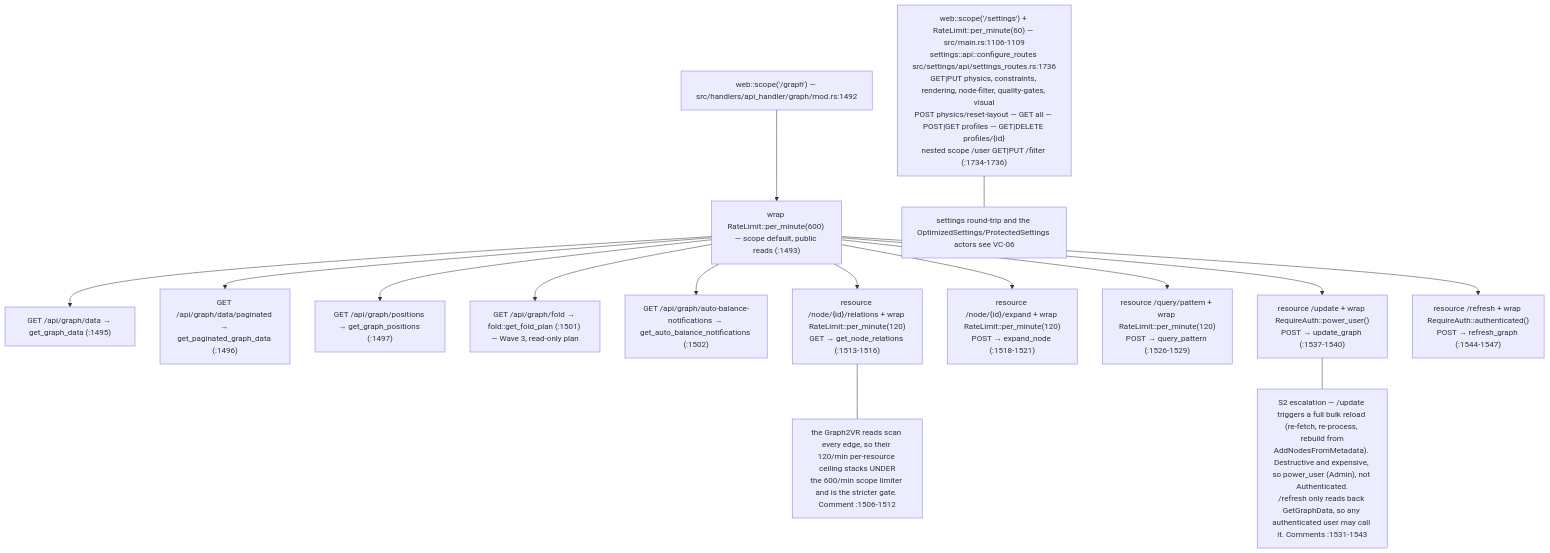
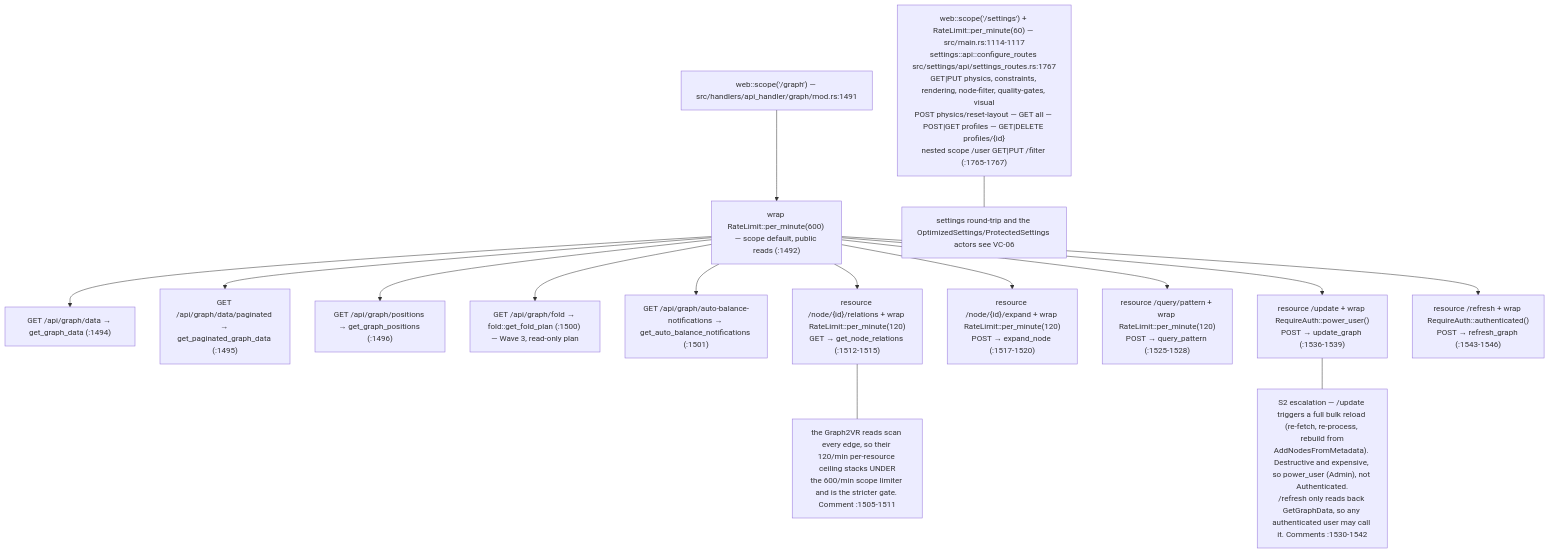
Diagram 12 of 13 in docs/diagrams/visionclaw/01-boot-and-app-state.md (DreamLab-AI/VisionFlow), drawn with Mermaid before and after one commit. The commit also changed other lines of this file and 4 other files, not shown here.

Commit message:
docs(diagrams): visionclaw 01 and 04 after the graph_state_handler removal

````diff
--- a/docs/diagrams/visionclaw/01-boot-and-app-state.md
+++ b/docs/diagrams/visionclaw/01-boot-and-app-state.md
@@ -452,22 +453,22 @@
 ```mermaid
 flowchart TB
-    G["web::scope('/graph') — src/handlers/api_handler/graph/mod.rs:1492"]
-    G --> RL["wrap RateLimit::per_minute(600) — scope default, public reads (:1493)"]
-    RL --> P1["GET /api/graph/data → get_graph_data (:1495)"]
-    RL --> P2["GET /api/graph/data/paginated → get_paginated_graph_data (:1496)"]
-    RL --> P3["GET /api/graph/positions → get_graph_positions (:1497)"]
-    RL --> P4["GET /api/graph/fold → fold::get_fold_plan (:1501) — Wave 3, read-only plan"]
-    RL --> P5["GET /api/graph/auto-balance-notifications → get_auto_balance_notifications (:1502)"]
-    RL --> T1["resource /node/{id}/relations + wrap RateLimit::per_minute(120)<br/>GET → get_node_relations (:1513-1516)"]
-    RL --> T2["resource /node/{id}/expand + wrap RateLimit::per_minute(120)<br/>POST → expand_node (:1518-1521)"]
-    RL --> T3["resource /query/pattern + wrap RateLimit::per_minute(120)<br/>POST → query_pattern (:1526-1529)"]
-    RL --> A1["resource /update + wrap RequireAuth::power_user()<br/>POST → update_graph (:1537-1540)"]
-    RL --> A2["resource /refresh + wrap RequireAuth::authenticated()<br/>POST → refresh_graph (:1544-1547)"]
-    N1["S2 escalation — /update triggers a full bulk reload (re-fetch, re-process, rebuild from<br/>AddNodesFromMetadata). Destructive and expensive, so power_user (Admin), not Authenticated.<br/>/refresh only reads back GetGraphData, so any authenticated user may call it. Comments :1531-1543"]
+    G["web::scope('/graph') — src/handlers/api_handler/graph/mod.rs:1491"]
+    G --> RL["wrap RateLimit::per_minute(600) — scope default, public reads (:1492)"]
+    RL --> P1["GET /api/graph/data → get_graph_data (:1494)"]
+    RL --> P2["GET /api/graph/data/paginated → get_paginated_graph_data (:1495)"]
+    RL --> P3["GET /api/graph/positions → get_graph_positions (:1496)"]
+    RL --> P4["GET /api/graph/fold → fold::get_fold_plan (:1500) — Wave 3, read-only plan"]
+    RL --> P5["GET /api/graph/auto-balance-notifications → get_auto_balance_notifications (:1501)"]
+    RL --> T1["resource /node/{id}/relations + wrap RateLimit::per_minute(120)<br/>GET → get_node_relations (:1512-1515)"]
+    RL --> T2["resource /node/{id}/expand + wrap RateLimit::per_minute(120)<br/>POST → expand_node (:1517-1520)"]
+    RL --> T3["resource /query/pattern + wrap RateLimit::per_minute(120)<br/>POST → query_pattern (:1525-1528)"]
+    RL --> A1["resource /update + wrap RequireAuth::power_user()<br/>POST → update_graph (:1536-1539)"]
+    RL --> A2["resource /refresh + wrap RequireAuth::authenticated()<br/>POST → refresh_graph (:1543-1546)"]
+    N1["S2 escalation — /update triggers a full bulk reload (re-fetch, re-process, rebuild from<br/>AddNodesFromMetadata). Destructive and expensive, so power_user (Admin), not Authenticated.<br/>/refresh only reads back GetGraphData, so any authenticated user may call it. Comments :1530-1542"]
     A1 --- N1
-    N2["the Graph2VR reads scan every edge, so their 120/min per-resource ceiling stacks UNDER<br/>the 600/min scope limiter and is the stricter gate. Comment :1506-1512"]
+    N2["the Graph2VR reads scan every edge, so their 120/min per-resource ceiling stacks UNDER<br/>the 600/min scope limiter and is the stricter gate. Comment :1505-1511"]
     T1 --- N2
-    SET["web::scope('/settings') + RateLimit::per_minute(60) — src/main.rs:1106-1109<br/>settings::api::configure_routes src/settings/api/settings_routes.rs:1736<br/>GET|PUT physics, constraints, rendering, node-filter, quality-gates, visual<br/>POST physics/reset-layout — GET all — POST|GET profiles — GET|DELETE profiles/{id}<br/>nested scope /user GET|PUT /filter (:1734-1736)"]
+    SET["web::scope('/settings') + RateLimit::per_minute(60) — src/main.rs:1114-1117<br/>settings::api::configure_routes src/settings/api/settings_routes.rs:1767<br/>GET|PUT physics, constraints, rendering, node-filter, quality-gates, visual<br/>POST physics/reset-layout — GET all — POST|GET profiles — GET|DELETE profiles/{id}<br/>nested scope /user GET|PUT /filter (:1765-1767)"]
     SET2["settings round-trip and the OptimizedSettings/ProtectedSettings actors see VC-06"]
     SET --- SET2
 ```
````
